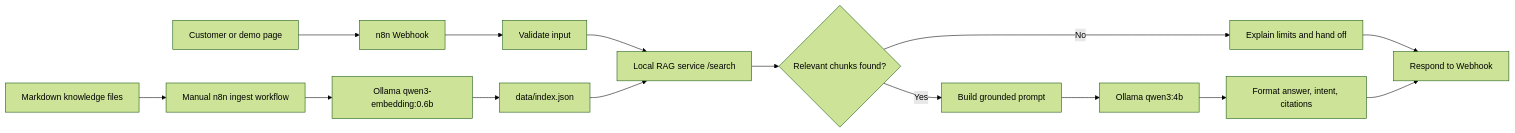
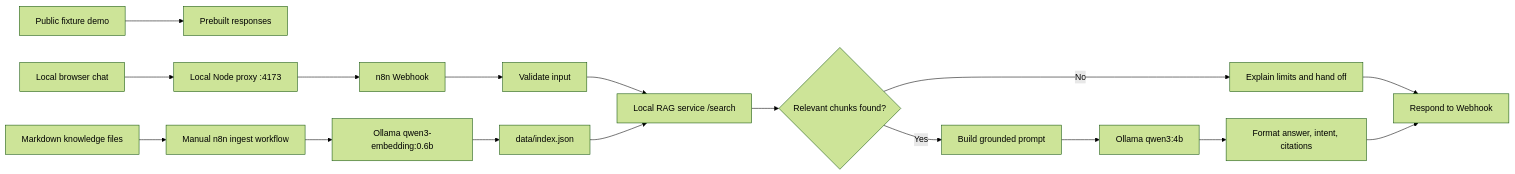
The diagram in docs/architecture.md (qiuhanwei99-sketch/ecommerce-customer-support-rag-n8n), drawn with Mermaid (forest theme) before and after one commit. The commit also changed other lines of this file and 13 other files, not shown here.

Commit message:
Add local browser chat for real RAG workflow

````diff
--- a/docs/architecture.md
+++ b/docs/architecture.md
@@ -3,17 +3,19 @@
 ```mermaid
 flowchart LR
-  U[Customer or demo page] --> W[n8n Webhook]
+  U[Public fixture demo] --> D[Prebuilt responses]
+  L[Local browser chat] --> Pxy[Local Node proxy :4173]
+  Pxy --> W[n8n Webhook]
   W --> V[Validate input]
   V --> S[Local RAG service /search]
   S --> I{Relevant chunks found?}
   I -->|No| H[Explain limits and hand off]
   I -->|Yes| P[Build grounded prompt]
   P --> O[Ollama qwen3:4b]
   O --> F[Format answer, intent, citations]
   H --> R[Respond to Webhook]
   F --> R
   K[Markdown knowledge files] --> G[Manual n8n ingest workflow]
   G --> E[Ollama qwen3-embedding:0.6b]
   E --> X[data/index.json]
   X --> S
 ```
````
